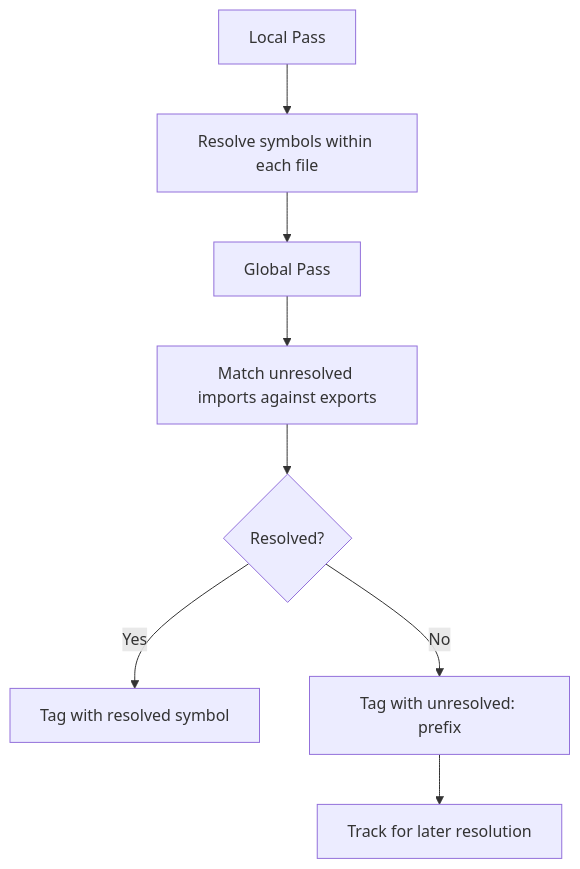
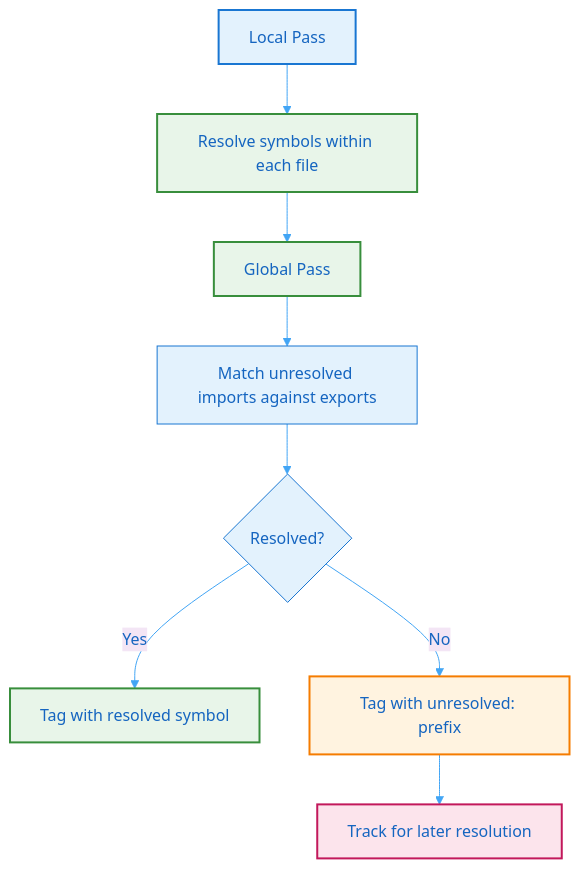
The second of 2 diagrams in docs-site/docs/whitepaper/code-graph.md (sageoz/Batho), drawn with Mermaid before and after one commit. The commit also changed other lines of this file and 31 other files, not shown here.

````diff
--- a/docs-site/docs/whitepaper/code-graph.md
+++ b/docs-site/docs/whitepaper/code-graph.md
@@ -66,10 +77,18 @@
 ```mermaid
+%%{init: {'theme': 'base', 'themeVariables': { 'primaryColor': '#e3f2fd', 'primaryTextColor': '#1565c0', 'primaryBorderColor': '#1976d2', 'lineColor': '#42a5f5', 'secondaryColor': '#f3e5f5', 'tertiaryColor': '#e8f5e9'}}}%%
 flowchart TB
     A[Local Pass] --> B[Resolve symbols within each file]
     B --> C[Global Pass]
     C --> D[Match unresolved imports against exports]
     D --> E{Resolved?}
     E -->|Yes| F[Tag with resolved symbol]
     E -->|No| G[Tag with unresolved: prefix]
     G --> H[Track for later resolution]
+
+    style A fill:#e3f2fd,stroke:#1976d2,stroke-width:2px
+    style B fill:#e8f5e9,stroke:#388e3c,stroke-width:2px
+    style C fill:#e8f5e9,stroke:#388e3c,stroke-width:2px
+    style F fill:#e8f5e9,stroke:#388e3c,stroke-width:2px
+    style G fill:#fff3e0,stroke:#f57c00,stroke-width:2px
+    style H fill:#fce4ec,stroke:#c2185b,stroke-width:2px
 ```
````
